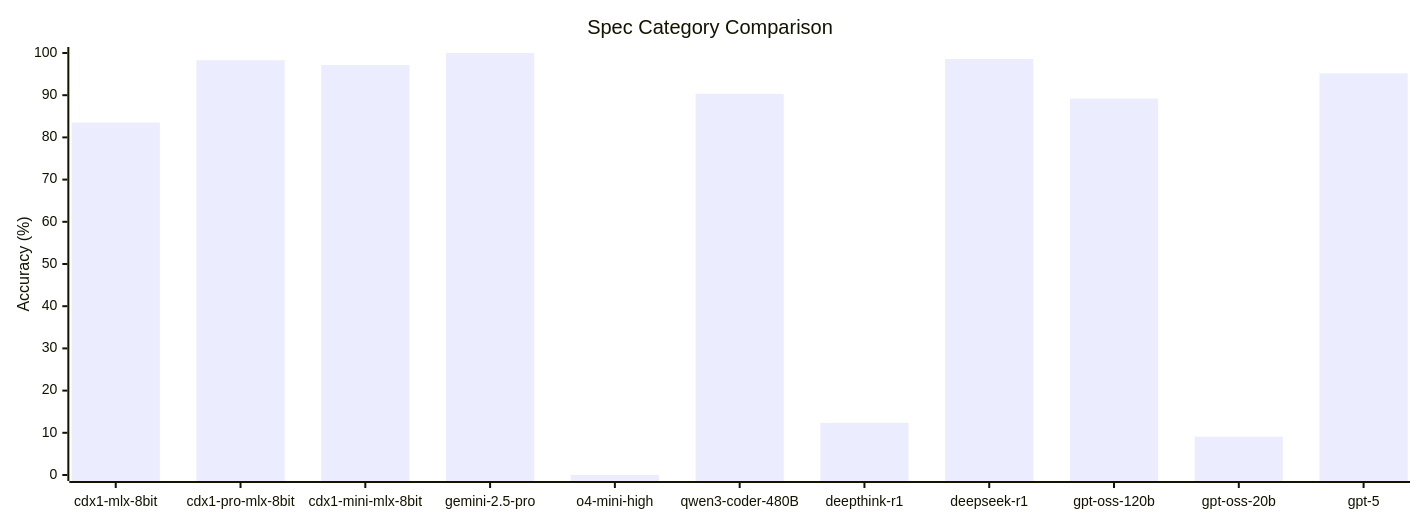
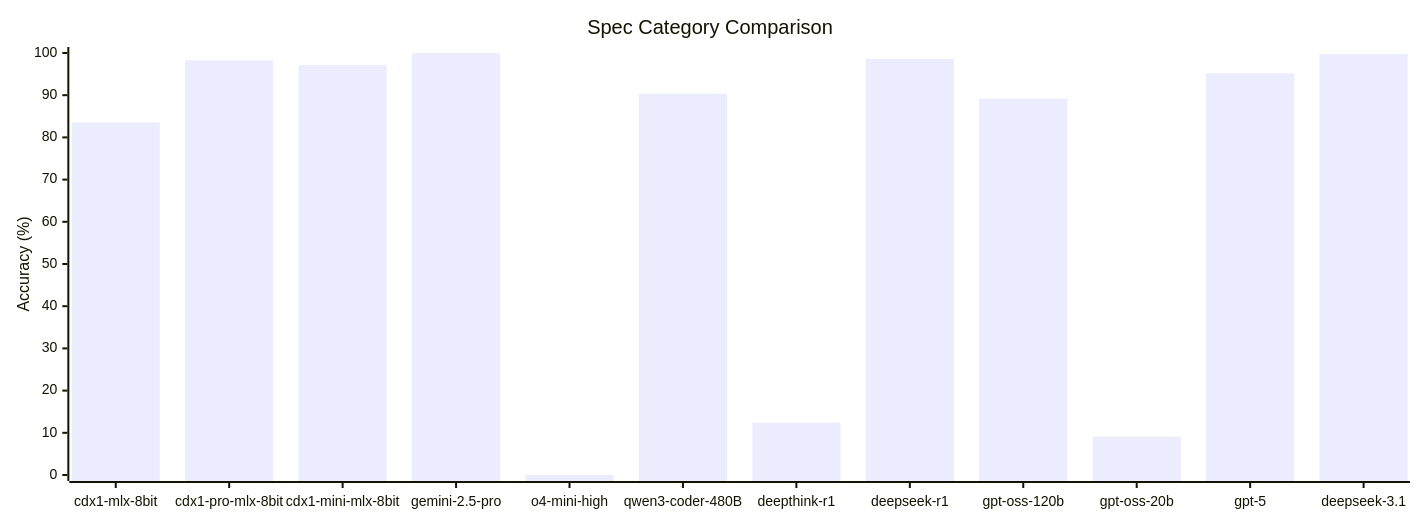
Before and after one commit to CycloneDX/cdxgen: the second of 2 diagrams in contrib/xBOMEval/results/README.md, drawn with Mermaid. The commit also changed other lines of this file and 5 other files, not shown here.

````diff
--- a/contrib/xBOMEval/results/README.md
+++ b/contrib/xBOMEval/results/README.md
@@ -76,13 +78,13 @@
 ```mermaid
 ---
 config:
   xyChart:
     width: 1400
 ---
 %%{init: {'theme': 'default'}}%%
 xychart-beta
     title "Spec Category Comparison"
-    x-axis [cdx1-mlx-8bit, cdx1-pro-mlx-8bit, cdx1-mini-mlx-8bit, gemini-2.5-pro, o4-mini-high, qwen3-coder-480B, deepthink-r1, deepseek-r1, gpt-oss-120b, gpt-oss-20b, gpt-5]
+    x-axis [cdx1-mlx-8bit, cdx1-pro-mlx-8bit, cdx1-mini-mlx-8bit, gemini-2.5-pro, o4-mini-high, qwen3-coder-480B, deepthink-r1, deepseek-r1, gpt-oss-120b, gpt-oss-20b, gpt-5, deepseek-3.1]
     y-axis "Accuracy (%)" 0 --> 100
-    bar [83.52, 98.3, 97.16, 100, 0, 90.34, 12.36, 98.58, 89.2, 9.09, 95.17]
+    bar [83.52, 98.3, 97.16, 100, 0, 90.34, 12.36, 98.58, 89.2, 9.09, 95.17, 99.72]
 ```
````
